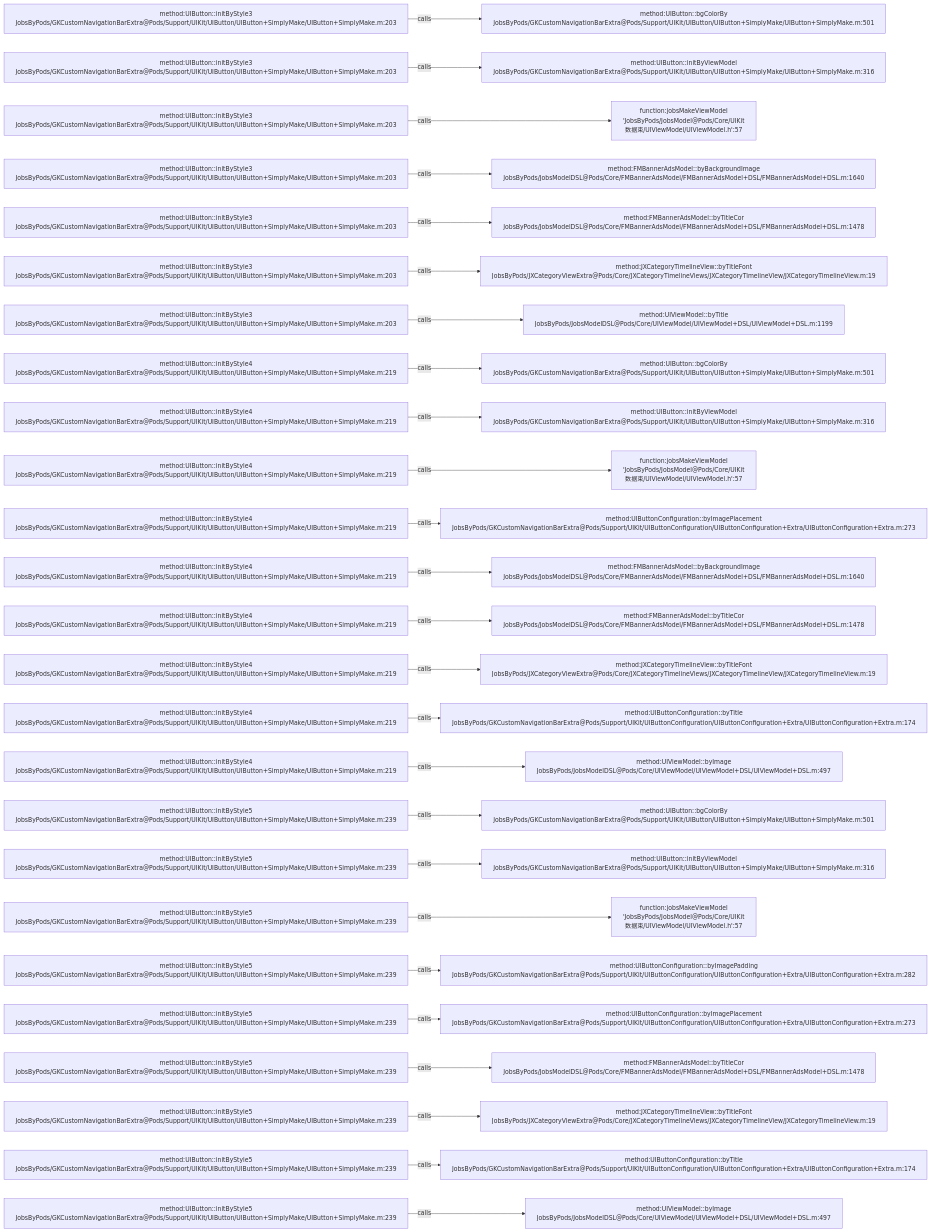
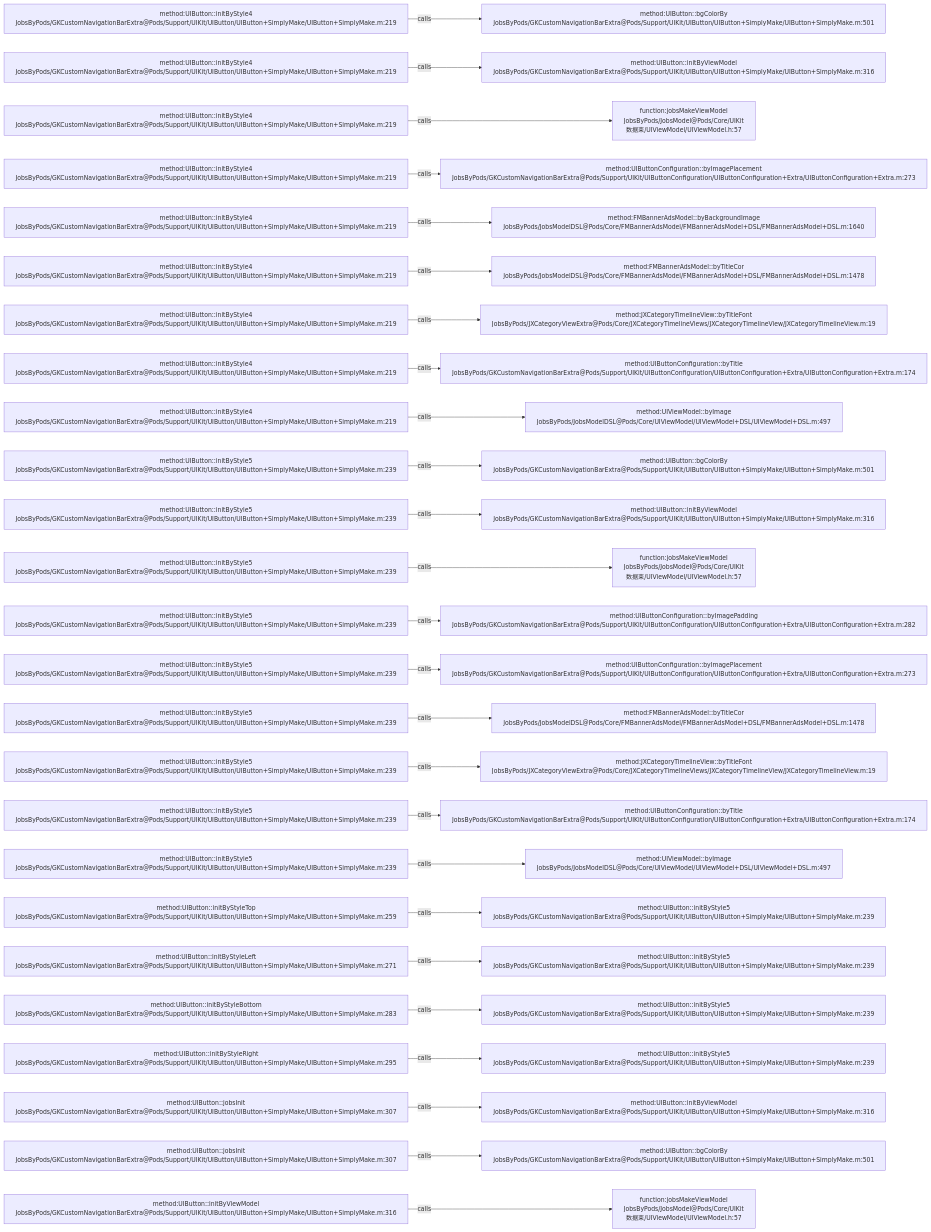
Before and after one commit to JobsKits/JobsOCBaseConfigDemo: the diagram in .codegraph/codegraph.md/graphs/calls-023.md, drawn with Mermaid. The commit also changed 223 other files, not shown here.

````diff
--- a/.codegraph/codegraph.md/graphs/calls-023.md
+++ b/.codegraph/codegraph.md/graphs/calls-023.md
@@ -13,78 +13,78 @@
 ```mermaid
 flowchart LR
-  S1["method:UIButton::initByStyle3<br/>JobsByPods/GKCustomNavigationBarExtra@Pods/Support/UIKit/UIButton/UIButton+SimplyMake/UIButton+SimplyMake.m:203"]
+  S1["method:UIButton::initByStyle4<br/>JobsByPods/GKCustomNavigationBarExtra@Pods/Support/UIKit/UIButton/UIButton+SimplyMake/UIButton+SimplyMake.m:219"]
   T1["method:UIButton::bgColorBy<br/>JobsByPods/GKCustomNavigationBarExtra@Pods/Support/UIKit/UIButton/UIButton+SimplyMake/UIButton+SimplyMake.m:501"]
   S1 -->|calls| T1
-  S2["method:UIButton::initByStyle3<br/>JobsByPods/GKCustomNavigationBarExtra@Pods/Support/UIKit/UIButton/UIButton+SimplyMake/UIButton+SimplyMake.m:203"]
+  S2["method:UIButton::initByStyle4<br/>JobsByPods/GKCustomNavigationBarExtra@Pods/Support/UIKit/UIButton/UIButton+SimplyMake/UIButton+SimplyMake.m:219"]
   T2["method:UIButton::initByViewModel<br/>JobsByPods/GKCustomNavigationBarExtra@Pods/Support/UIKit/UIButton/UIButton+SimplyMake/UIButton+SimplyMake.m:316"]
   S2 -->|calls| T2
-  S3["method:UIButton::initByStyle3<br/>JobsByPods/GKCustomNavigationBarExtra@Pods/Support/UIKit/UIButton/UIButton+SimplyMake/UIButton+SimplyMake.m:203"]
-  T3["function:jobsMakeViewModel<br/>'JobsByPods/JobsModel@Pods/Core/UIKit数据束/UIViewModel/UIViewModel.h':57"]
+  S3["method:UIButton::initByStyle4<br/>JobsByPods/GKCustomNavigationBarExtra@Pods/Support/UIKit/UIButton/UIButton+SimplyMake/UIButton+SimplyMake.m:219"]
+  T3["function:jobsMakeViewModel<br/>JobsByPods/JobsModel@Pods/Core/UIKit数据束/UIViewModel/UIViewModel.h:57"]
   S3 -->|calls| T3
-  S4["method:UIButton::initByStyle3<br/>JobsByPods/GKCustomNavigationBarExtra@Pods/Support/UIKit/UIButton/UIButton+SimplyMake/UIButton+SimplyMake.m:203"]
-  T4["method:FMBannerAdsModel::byBackgroundImage<br/>JobsByPods/JobsModelDSL@Pods/Core/FMBannerAdsModel/FMBannerAdsModel+DSL/FMBannerAdsModel+DSL.m:1640"]
+  S4["method:UIButton::initByStyle4<br/>JobsByPods/GKCustomNavigationBarExtra@Pods/Support/UIKit/UIButton/UIButton+SimplyMake/UIButton+SimplyMake.m:219"]
+  T4["method:UIButtonConfiguration::byImagePlacement<br/>JobsByPods/GKCustomNavigationBarExtra@Pods/Support/UIKit/UIButtonConfiguration/UIButtonConfiguration+Extra/UIButtonConfiguration+Extra.m:273"]
   S4 -->|calls| T4
-  S5["method:UIButton::initByStyle3<br/>JobsByPods/GKCustomNavigationBarExtra@Pods/Support/UIKit/UIButton/UIButton+SimplyMake/UIButton+SimplyMake.m:203"]
-  T5["method:FMBannerAdsModel::byTitleCor<br/>JobsByPods/JobsModelDSL@Pods/Core/FMBannerAdsModel/FMBannerAdsModel+DSL/FMBannerAdsModel+DSL.m:1478"]
+  S5["method:UIButton::initByStyle4<br/>JobsByPods/GKCustomNavigationBarExtra@Pods/Support/UIKit/UIButton/UIButton+SimplyMake/UIButton+SimplyMake.m:219"]
+  T5["method:FMBannerAdsModel::byBackgroundImage<br/>JobsByPods/JobsModelDSL@Pods/Core/FMBannerAdsModel/FMBannerAdsModel+DSL/FMBannerAdsModel+DSL.m:1640"]
   S5 -->|calls| T5
-  S6["method:UIButton::initByStyle3<br/>JobsByPods/GKCustomNavigationBarExtra@Pods/Support/UIKit/UIButton/UIButton+SimplyMake/UIButton+SimplyMake.m:203"]
-  T6["method:JXCategoryTimelineView::byTitleFont<br/>JobsByPods/JXCategoryViewExtra@Pods/Core/JXCategoryTimelineViews/JXCategoryTimelineView/JXCategoryTimelineView.m:19"]
+  S6["method:UIButton::initByStyle4<br/>JobsByPods/GKCustomNavigationBarExtra@Pods/Support/UIKit/UIButton/UIButton+SimplyMake/UIButton+SimplyMake.m:219"]
+  T6["method:FMBannerAdsModel::byTitleCor<br/>JobsByPods/JobsModelDSL@Pods/Core/FMBannerAdsModel/FMBannerAdsModel+DSL/FMBannerAdsModel+DSL.m:1478"]
   S6 -->|calls| T6
-  S7["method:UIButton::initByStyle3<br/>JobsByPods/GKCustomNavigationBarExtra@Pods/Support/UIKit/UIButton/UIButton+SimplyMake/UIButton+SimplyMake.m:203"]
-  T7["method:UIViewModel::byTitle<br/>JobsByPods/JobsModelDSL@Pods/Core/UIViewModel/UIViewModel+DSL/UIViewModel+DSL.m:1199"]
+  S7["method:UIButton::initByStyle4<br/>JobsByPods/GKCustomNavigationBarExtra@Pods/Support/UIKit/UIButton/UIButton+SimplyMake/UIButton+SimplyMake.m:219"]
+  T7["method:JXCategoryTimelineView::byTitleFont<br/>JobsByPods/JXCategoryViewExtra@Pods/Core/JXCategoryTimelineViews/JXCategoryTimelineView/JXCategoryTimelineView.m:19"]
   S7 -->|calls| T7
   S8["method:UIButton::initByStyle4<br/>JobsByPods/GKCustomNavigationBarExtra@Pods/Support/UIKit/UIButton/UIButton+SimplyMake/UIButton+SimplyMake.m:219"]
-  T8["method:UIButton::bgColorBy<br/>JobsByPods/GKCustomNavigationBarExtra@Pods/Support/UIKit/UIButton/UIButton+SimplyMake/UIButton+SimplyMake.m:501"]
+  T8["method:UIButtonConfiguration::byTitle<br/>JobsByPods/GKCustomNavigationBarExtra@Pods/Support/UIKit/UIButtonConfiguration/UIButtonConfiguration+Extra/UIButtonConfiguration+Extra.m:174"]
   S8 -->|calls| T8
   S9["method:UIButton::initByStyle4<br/>JobsByPods/GKCustomNavigationBarExtra@Pods/Support/UIKit/UIButton/UIButton+SimplyMake/UIButton+SimplyMake.m:219"]
-  T9["method:UIButton::initByViewModel<br/>JobsByPods/GKCustomNavigationBarExtra@Pods/Support/UIKit/UIButton/UIButton+SimplyMake/UIButton+SimplyMake.m:316"]
+  T9["method:UIViewModel::byImage<br/>JobsByPods/JobsModelDSL@Pods/Core/UIViewModel/UIViewModel+DSL/UIViewModel+DSL.m:497"]
   S9 -->|calls| T9
-  S10["method:UIButton::initByStyle4<br/>JobsByPods/GKCustomNavigationBarExtra@Pods/Support/UIKit/UIButton/UIButton+SimplyMake/UIButton+SimplyMake.m:219"]
-  T10["function:jobsMakeViewModel<br/>'JobsByPods/JobsModel@Pods/Core/UIKit数据束/UIViewModel/UIViewModel.h':57"]
+  S10["method:UIButton::initByStyle5<br/>JobsByPods/GKCustomNavigationBarExtra@Pods/Support/UIKit/UIButton/UIButton+SimplyMake/UIButton+SimplyMake.m:239"]
+  T10["method:UIButton::bgColorBy<br/>JobsByPods/GKCustomNavigationBarExtra@Pods/Support/UIKit/UIButton/UIButton+SimplyMake/UIButton+SimplyMake.m:501"]
   S10 -->|calls| T10
-  S11["method:UIButton::initByStyle4<br/>JobsByPods/GKCustomNavigationBarExtra@Pods/Support/UIKit/UIButton/UIButton+SimplyMake/UIButton+SimplyMake.m:219"]
-  T11["method:UIButtonConfiguration::byImagePlacement<br/>JobsByPods/GKCustomNavigationBarExtra@Pods/Support/UIKit/UIButtonConfiguration/UIButtonConfiguration+Extra/UIButtonConfiguration+Extra.m:273"]
+  S11["method:UIButton::initByStyle5<br/>JobsByPods/GKCustomNavigationBarExtra@Pods/Support/UIKit/UIButton/UIButton+SimplyMake/UIButton+SimplyMake.m:239"]
+  T11["method:UIButton::initByViewModel<br/>JobsByPods/GKCustomNavigationBarExtra@Pods/Support/UIKit/UIButton/UIButton+SimplyMake/UIButton+SimplyMake.m:316"]
   S11 -->|calls| T11
-  S12["method:UIButton::initByStyle4<br/>JobsByPods/GKCustomNavigationBarExtra@Pods/Support/UIKit/UIButton/UIButton+SimplyMake/UIButton+SimplyMake.m:219"]
-  T12["method:FMBannerAdsModel::byBackgroundImage<br/>JobsByPods/JobsModelDSL@Pods/Core/FMBannerAdsModel/FMBannerAdsModel+DSL/FMBannerAdsModel+DSL.m:1640"]
+  S12["method:UIButton::initByStyle5<br/>JobsByPods/GKCustomNavigationBarExtra@Pods/Support/UIKit/UIButton/UIButton+SimplyMake/UIButton+SimplyMake.m:239"]
+  T12["function:jobsMakeViewModel<br/>JobsByPods/JobsModel@Pods/Core/UIKit数据束/UIViewModel/UIViewModel.h:57"]
   S12 -->|calls| T12
-  S13["method:UIButton::initByStyle4<br/>JobsByPods/GKCustomNavigationBarExtra@Pods/Support/UIKit/UIButton/UIButton+SimplyMake/UIButton+SimplyMake.m:219"]
-  T13["method:FMBannerAdsModel::byTitleCor<br/>JobsByPods/JobsModelDSL@Pods/Core/FMBannerAdsModel/FMBannerAdsModel+DSL/FMBannerAdsModel+DSL.m:1478"]
+  S13["method:UIButton::initByStyle5<br/>JobsByPods/GKCustomNavigationBarExtra@Pods/Support/UIKit/UIButton/UIButton+SimplyMake/UIButton+SimplyMake.m:239"]
+  T13["method:UIButtonConfiguration::byImagePadding<br/>JobsByPods/GKCustomNavigationBarExtra@Pods/Support/UIKit/UIButtonConfiguration/UIButtonConfiguration+Extra/UIButtonConfiguration+Extra.m:282"]
   S13 -->|calls| T13
-  S14["method:UIButton::initByStyle4<br/>JobsByPods/GKCustomNavigationBarExtra@Pods/Support/UIKit/UIButton/UIButton+SimplyMake/UIButton+SimplyMake.m:219"]
-  T14["method:JXCategoryTimelineView::byTitleFont<br/>JobsByPods/JXCategoryViewExtra@Pods/Core/JXCategoryTimelineViews/JXCategoryTimelineView/JXCategoryTimelineView.m:19"]
+  S14["method:UIButton::initByStyle5<br/>JobsByPods/GKCustomNavigationBarExtra@Pods/Support/UIKit/UIButton/UIButton+SimplyMake/UIButton+SimplyMake.m:239"]
+  T14["method:UIButtonConfiguration::byImagePlacement<br/>JobsByPods/GKCustomNavigationBarExtra@Pods/Support/UIKit/UIButtonConfiguration/UIButtonConfiguration+Extra/UIButtonConfiguration+Extra.m:273"]
   S14 -->|calls| T14
-  S15["method:UIButton::initByStyle4<br/>JobsByPods/GKCustomNavigationBarExtra@Pods/Support/UIKit/UIButton/UIButton+SimplyMake/UIButton+SimplyMake.m:219"]
-  T15["method:UIButtonConfiguration::byTitle<br/>JobsByPods/GKCustomNavigationBarExtra@Pods/Support/UIKit/UIButtonConfiguration/UIButtonConfiguration+Extra/UIButtonConfiguration+Extra.m:174"]
+  S15["method:UIButton::initByStyle5<br/>JobsByPods/GKCustomNavigationBarExtra@Pods/Support/UIKit/UIButton/UIButton+SimplyMake/UIButton+SimplyMake.m:239"]
+  T15["method:FMBannerAdsModel::byTitleCor<br/>JobsByPods/JobsModelDSL@Pods/Core/FMBannerAdsModel/FMBannerAdsModel+DSL/FMBannerAdsModel+DSL.m:1478"]
   S15 -->|calls| T15
-  S16["method:UIButton::initByStyle4<br/>JobsByPods/GKCustomNavigationBarExtra@Pods/Support/UIKit/UIButton/UIButton+SimplyMake/UIButton+SimplyMake.m:219"]
-  T16["method:UIViewModel::byImage<br/>JobsByPods/JobsModelDSL@Pods/Core/UIViewModel/UIViewModel+DSL/UIViewModel+DSL.m:497"]
+  S16["method:UIButton::initByStyle5<br/>JobsByPods/GKCustomNavigationBarExtra@Pods/Support/UIKit/UIButton/UIButton+SimplyMake/UIButton+SimplyMake.m:239"]
+  T16["method:JXCategoryTimelineView::byTitleFont<br/>JobsByPods/JXCategoryViewExtra@Pods/Core/JXCategoryTimelineViews/JXCategoryTimelineView/JXCategoryTimelineView.m:19"]
   S16 -->|calls| T16
   S17["method:UIButton::initByStyle5<br/>JobsByPods/GKCustomNavigationBarExtra@Pods/Support/UIKit/UIButton/UIButton+SimplyMake/UIButton+SimplyMake.m:239"]
-  T17["method:UIButton::bgColorBy<br/>JobsByPods/GKCustomNavigationBarExtra@Pods/Support/UIKit/UIButton/UIButton+SimplyMake/UIButton+SimplyMake.m:501"]
+  T17["method:UIButtonConfiguration::byTitle<br/>JobsByPods/GKCustomNavigationBarExtra@Pods/Support/UIKit/UIButtonConfiguration/UIButtonConfiguration+Extra/UIButtonConfiguration+Extra.m:174"]
   S17 -->|calls| T17
   S18["method:UIButton::initByStyle5<br/>JobsByPods/GKCustomNavigationBarExtra@Pods/Support/UIKit/UIButton/UIButton+SimplyMake/UIButton+SimplyMake.m:239"]
-  T18["method:UIButton::initByViewModel<br/>JobsByPods/GKCustomNavigationBarExtra@Pods/Support/UIKit/UIButton/UIButton+SimplyMake/UIButton+SimplyMake.m:316"]
+  T18["method:UIViewModel::byImage<br/>JobsByPods/JobsModelDSL@Pods/Core/UIViewModel/UIViewModel+DSL/UIViewModel+DSL.m:497"]
   S18 -->|calls| T18
-  S19["method:UIButton::initByStyle5<br/>JobsByPods/GKCustomNavigationBarExtra@Pods/Support/UIKit/UIButton/UIButton+SimplyMake/UIButton+SimplyMake.m:239"]
-  T19["function:jobsMakeViewModel<br/>'JobsByPods/JobsModel@Pods/Core/UIKit数据束/UIViewModel/UIViewModel.h':57"]
+  S19["method:UIButton::initByStyleTop<br/>JobsByPods/GKCustomNavigationBarExtra@Pods/Support/UIKit/UIButton/UIButton+SimplyMake/UIButton+SimplyMake.m:259"]
+  T19["method:UIButton::initByStyle5<br/>JobsByPods/GKCustomNavigationBarExtra@Pods/Support/UIKit/UIButton/UIButton+SimplyMake/UIButton+SimplyMake.m:239"]
   S19 -->|calls| T19
-  S20["method:UIButton::initByStyle5<br/>JobsByPods/GKCustomNavigationBarExtra@Pods/Support/UIKit/UIButton/UIButton+SimplyMake/UIButton+SimplyMake.m:239"]
-  T20["method:UIButtonConfiguration::byImagePadding<br/>JobsByPods/GKCustomNavigationBarExtra@Pods/Support/UIKit/UIButtonConfiguration/UIButtonConfiguration+Extra/UIButtonConfiguration+Extra.m:282"]
+  S20["method:UIButton::initByStyleLeft<br/>JobsByPods/GKCustomNavigationBarExtra@Pods/Support/UIKit/UIButton/UIButton+SimplyMake/UIButton+SimplyMake.m:271"]
+  T20["method:UIButton::initByStyle5<br/>JobsByPods/GKCustomNavigationBarExtra@Pods/Support/UIKit/UIButton/UIButton+SimplyMake/UIButton+SimplyMake.m:239"]
   S20 -->|calls| T20
-  S21["method:UIButton::initByStyle5<br/>JobsByPods/GKCustomNavigationBarExtra@Pods/Support/UIKit/UIButton/UIButton+SimplyMake/UIButton+SimplyMake.m:239"]
-  T21["method:UIButtonConfiguration::byImagePlacement<br/>JobsByPods/GKCustomNavigationBarExtra@Pods/Support/UIKit/UIButtonConfiguration/UIButtonConfiguration+Extra/UIButtonConfiguration+Extra.m:273"]
+  S21["method:UIButton::initByStyleBottom<br/>JobsByPods/GKCustomNavigationBarExtra@Pods/Support/UIKit/UIButton/UIButton+SimplyMake/UIButton+SimplyMake.m:283"]
+  T21["method:UIButton::initByStyle5<br/>JobsByPods/GKCustomNavigationBarExtra@Pods/Support/UIKit/UIButton/UIButton+SimplyMake/UIButton+SimplyMake.m:239"]
   S21 -->|calls| T21
-  S22["method:UIButton::initByStyle5<br/>JobsByPods/GKCustomNavigationBarExtra@Pods/Support/UIKit/UIButton/UIButton+SimplyMake/UIButton+SimplyMake.m:239"]
-  T22["method:FMBannerAdsModel::byTitleCor<br/>JobsByPods/JobsModelDSL@Pods/Core/FMBannerAdsModel/FMBannerAdsModel+DSL/FMBannerAdsModel+DSL.m:1478"]
+  S22["method:UIButton::initByStyleRight<br/>JobsByPods/GKCustomNavigationBarExtra@Pods/Support/UIKit/UIButton/UIButton+SimplyMake/UIButton+SimplyMake.m:295"]
+  T22["method:UIButton::initByStyle5<br/>JobsByPods/GKCustomNavigationBarExtra@Pods/Support/UIKit/UIButton/UIButton+SimplyMake/UIButton+SimplyMake.m:239"]
   S22 -->|calls| T22
-  S23["method:UIButton::initByStyle5<br/>JobsByPods/GKCustomNavigationBarExtra@Pods/Support/UIKit/UIButton/UIButton+SimplyMake/UIButton+SimplyMake.m:239"]
-  T23["method:JXCategoryTimelineView::byTitleFont<br/>JobsByPods/JXCategoryViewExtra@Pods/Core/JXCategoryTimelineViews/JXCategoryTimelineView/JXCategoryTimelineView.m:19"]
+  S23["method:UIButton::jobsInit<br/>JobsByPods/GKCustomNavigationBarExtra@Pods/Support/UIKit/UIButton/UIButton+SimplyMake/UIButton+SimplyMake.m:307"]
+  T23["method:UIButton::initByViewModel<br/>JobsByPods/GKCustomNavigationBarExtra@Pods/Support/UIKit/UIButton/UIButton+SimplyMake/UIButton+SimplyMake.m:316"]
   S23 -->|calls| T23
-  S24["method:UIButton::initByStyle5<br/>JobsByPods/GKCustomNavigationBarExtra@Pods/Support/UIKit/UIButton/UIButton+SimplyMake/UIButton+SimplyMake.m:239"]
-  T24["method:UIButtonConfiguration::byTitle<br/>JobsByPods/GKCustomNavigationBarExtra@Pods/Support/UIKit/UIButtonConfiguration/UIButtonConfiguration+Extra/UIButtonConfiguration+Extra.m:174"]
+  S24["method:UIButton::jobsInit<br/>JobsByPods/GKCustomNavigationBarExtra@Pods/Support/UIKit/UIButton/UIButton+SimplyMake/UIButton+SimplyMake.m:307"]
+  T24["method:UIButton::bgColorBy<br/>JobsByPods/GKCustomNavigationBarExtra@Pods/Support/UIKit/UIButton/UIButton+SimplyMake/UIButton+SimplyMake.m:501"]
   S24 -->|calls| T24
-  S25["method:UIButton::initByStyle5<br/>JobsByPods/GKCustomNavigationBarExtra@Pods/Support/UIKit/UIButton/UIButton+SimplyMake/UIButton+SimplyMake.m:239"]
-  T25["method:UIViewModel::byImage<br/>JobsByPods/JobsModelDSL@Pods/Core/UIViewModel/UIViewModel+DSL/UIViewModel+DSL.m:497"]
+  S25["method:UIButton::initByViewModel<br/>JobsByPods/GKCustomNavigationBarExtra@Pods/Support/UIKit/UIButton/UIButton+SimplyMake/UIButton+SimplyMake.m:316"]
+  T25["function:jobsMakeViewModel<br/>JobsByPods/JobsModel@Pods/Core/UIKit数据束/UIViewModel/UIViewModel.h:57"]
   S25 -->|calls| T25
 ```
````
